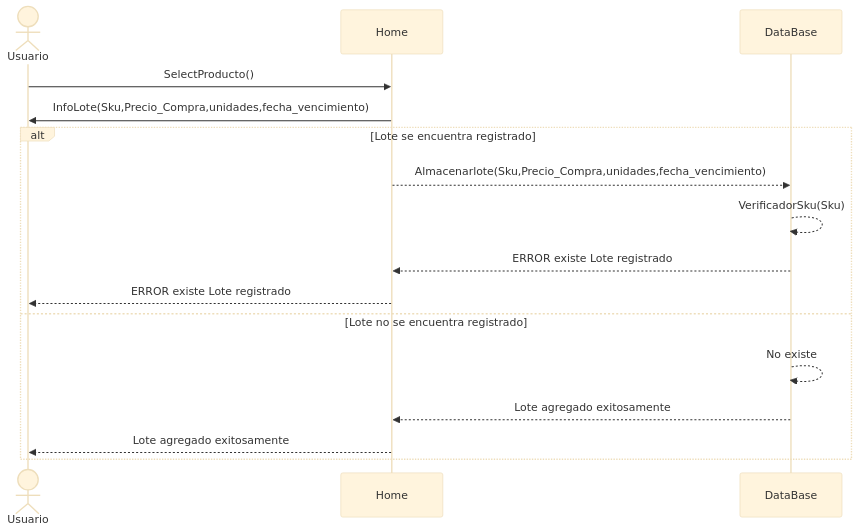
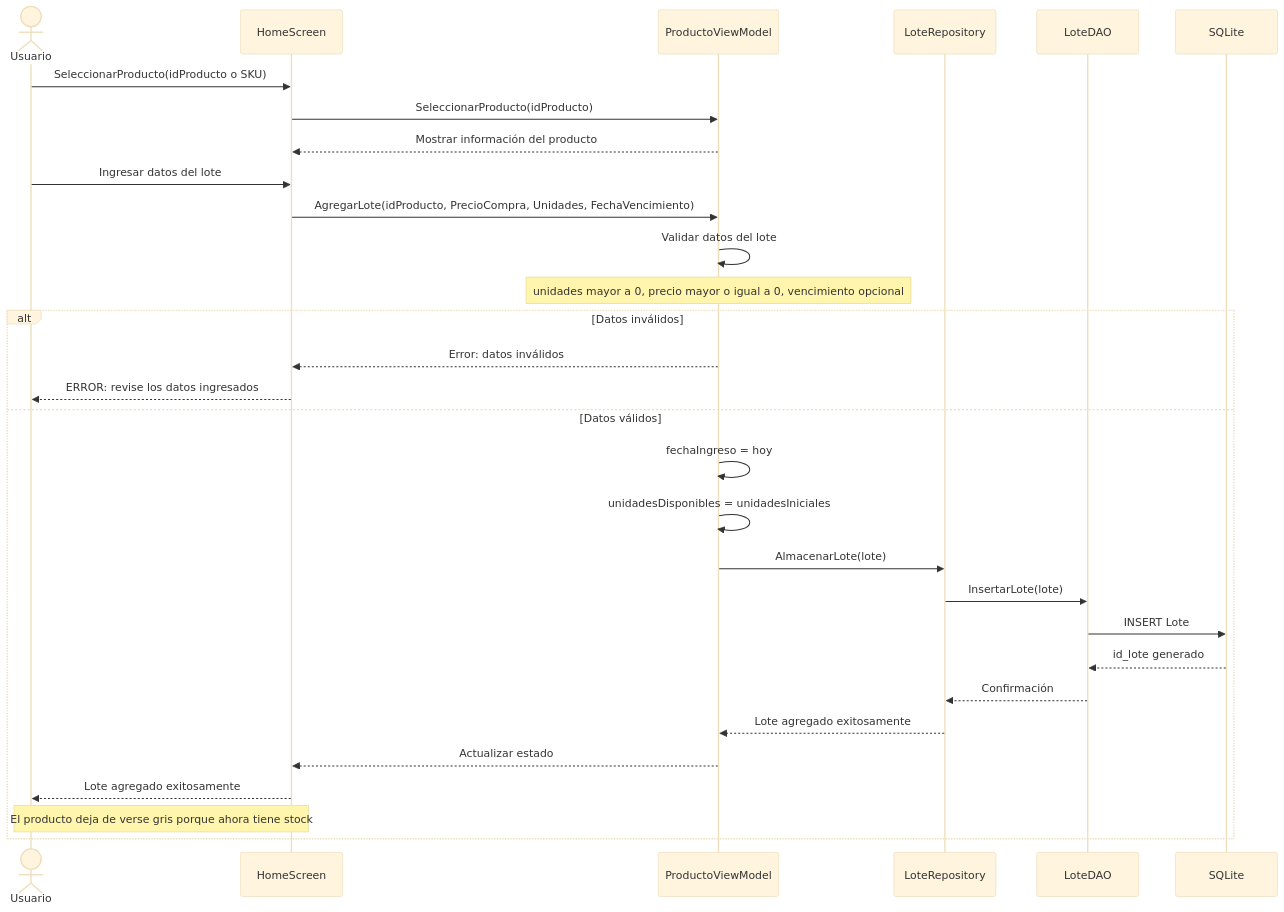
Before and after one commit to CokkeDev/Mi-Negocio: the third of 5 diagrams in README.md, drawn with Mermaid (base theme). The commit also changed other lines of this file, not shown here.

Commit message:
docs:readme, modifique ER add SKU Unikey, int activo : 1 active, 0 disable, Modifique Imagen_producto for URL_imagen,add new diagrams especifique new funcionalities

````diff
--- a/README.md
+++ b/README.md
@@ -159,20 +154,36 @@
 ```mermaid
 sequenceDiagram
     actor Usuario
-    participant Home
-    participant DataBase
-    Usuario->>Home: SelectProducto();
-    Home->>Usuario: InfoLote(Sku,Precio_Compra,unidades,fecha_vencimiento);
+    participant View as HomeScreen
+    participant VM as ProductoViewModel
+    participant Repo as LoteRepository
+    participant DAO as LoteDAO
+    participant DB as SQLite
 
-    alt Lote se encuentra registrado
-        Home-->>DataBase: Almacenarlote(Sku,Precio_Compra,unidades,fecha_vencimiento);
-        DataBase-->>DataBase: VerificadorSku(Sku);
-        DataBase-->>Home: ERROR existe Lote registrado
-        Home-->>Usuario: ERROR existe Lote registrado
+    Usuario->>View: SeleccionarProducto(idProducto o SKU)
+    View->>VM: SeleccionarProducto(idProducto)
+    VM-->>View: Mostrar información del producto
 
-    else Lote no se encuentra registrado
-        DataBase-->>DataBase: No existe
-        DataBase-->>Home: Lote agregado exitosamente;
-        Home-->>Usuario: Lote agregado exitosamente;
+    Usuario->>View: Ingresar datos del lote
+    View->>VM: AgregarLote(idProducto, PrecioCompra, Unidades, FechaVencimiento)
+
+    VM->>VM: Validar datos del lote
+    Note over VM: unidades mayor a 0, precio mayor o igual a 0, vencimiento opcional
+
+    alt Datos inválidos
+        VM-->>View: Error: datos inválidos
+        View-->>Usuario: ERROR: revise los datos ingresados
+    else Datos válidos
+        VM->>VM: fechaIngreso = hoy
+        VM->>VM: unidadesDisponibles = unidadesIniciales
+        VM->>Repo: AlmacenarLote(lote)
+        Repo->>DAO: InsertarLote(lote)
+        DAO->>DB: INSERT Lote
+        DB-->>DAO: id_lote generado
+        DAO-->>Repo: Confirmación
+        Repo-->>VM: Lote agregado exitosamente
+        VM-->>View: Actualizar estado
+        View-->>Usuario: Lote agregado exitosamente
+        Note over View,Usuario: El producto deja de verse gris porque ahora tiene stock
     end
 ```
````
